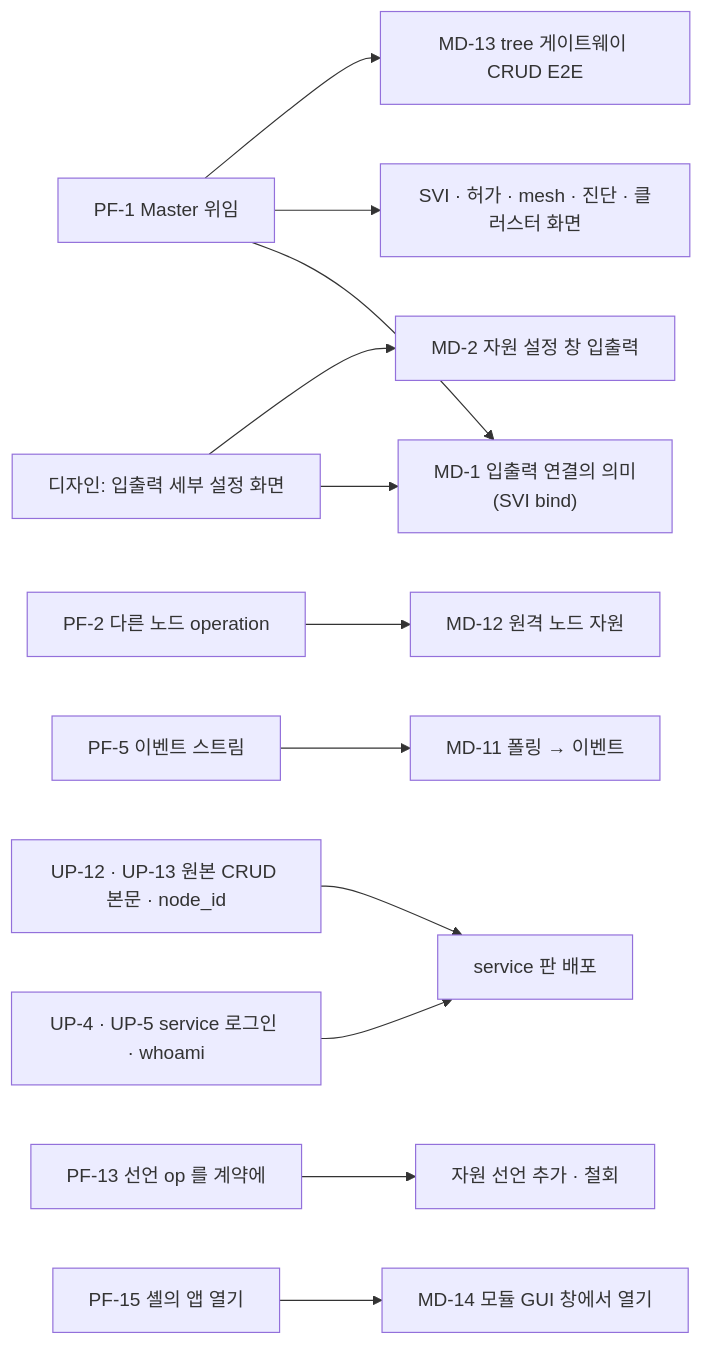
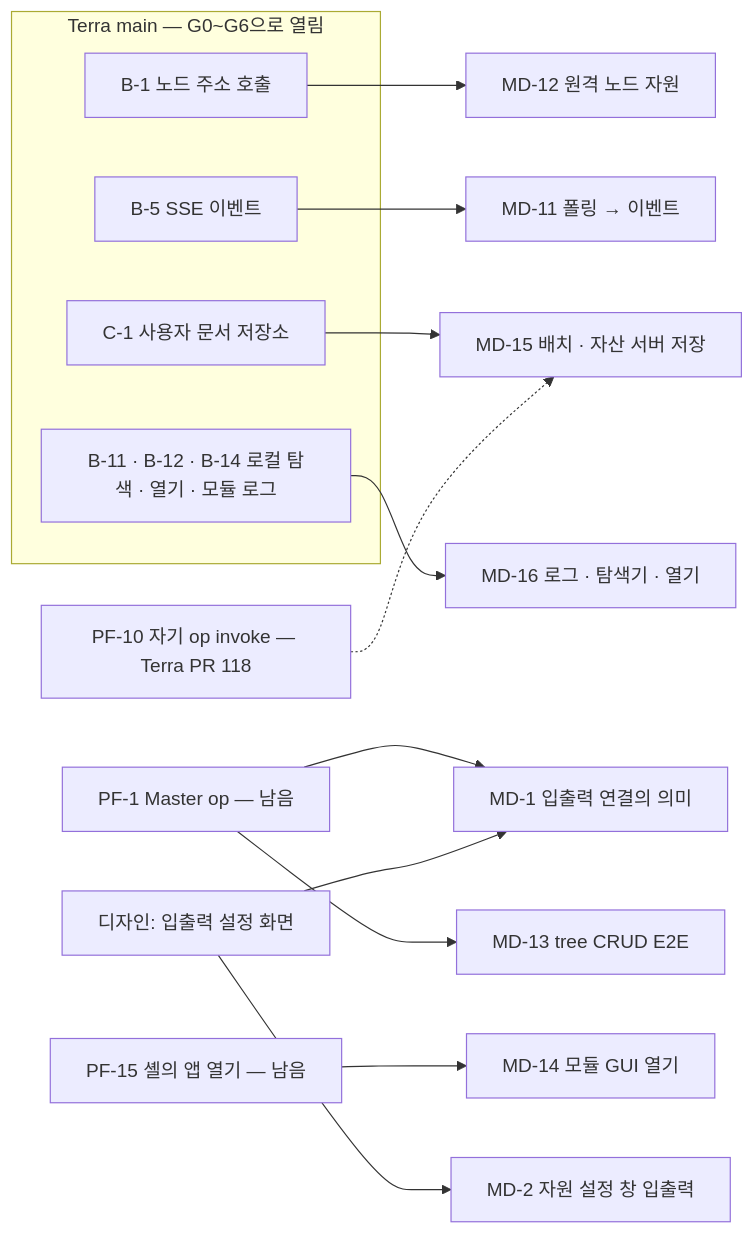
The diagram in common/lab.stellaxia.node-gui/web/docs/guides/implementation-backlog.md (StellaxiaLab/modules), drawn with Mermaid before and after one commit. The commit also changed other lines of this file and 1 other file, not shown here.

First line of the commit message:
node-gui: 구현해야 할 것을 Terra G0–G6 · maingui 2ced429 뒤로 다시 잰다

````diff
--- a/common/lab.stellaxia.node-gui/web/docs/guides/implementation-backlog.md
+++ b/common/lab.stellaxia.node-gui/web/docs/guides/implementation-backlog.md
@@ -45,14 +47,19 @@
 ```mermaid
 flowchart LR
-  PF1["PF-1 Master 위임"] --> MD1["MD-1 입출력 연결의 의미<br/>(SVI bind)"]
-  PF1 --> V1["SVI · 허가 · mesh · 진단 · 클러스터 화면"]
-  PF2["PF-2 다른 노드 operation"] --> MD12["MD-12 원격 노드 자원"]
-  PF5["PF-5 이벤트 스트림"] --> MD11["MD-11 폴링 → 이벤트"]
-  DES["디자인: 입출력 세부 설정 화면"] --> MD1
+  subgraph TG["Terra main — G0~G6으로 열림"]
+    B1["B-1 노드 주소 호출"]
+    B5["B-5 SSE 이벤트"]
+    C1["C-1 사용자 문서 저장소"]
+    B14["B-11 · B-12 · B-14 로컬 탐색 · 열기 · 모듈 로그"]
+  end
+  B1 --> MD12["MD-12 원격 노드 자원"]
+  B5 --> MD11["MD-11 폴링 → 이벤트"]
+  C1 --> MD15["MD-15 배치 · 자산 서버 저장"]
+  B14 --> MD16["MD-16 로그 · 탐색기 · 열기"]
+  PF10["PF-10 자기 op invoke — Terra PR 118"] -.-> MD15
+  PF1["PF-1 Master op — 남음"] --> MD1["MD-1 입출력 연결의 의미"]
+  PF1 --> MD13["MD-13 tree CRUD E2E"]
+  PF15["PF-15 셸의 앱 열기 — 남음"] --> MD14["MD-14 모듈 GUI 열기"]
+  DES["디자인: 입출력 설정 화면"] --> MD1
   DES --> MD2["MD-2 자원 설정 창 입출력"]
-  UP4["UP-4 · UP-5 service 로그인 · whoami"] --> SVC["service 판 배포"]
-  UP12["UP-12 · UP-13 원본 CRUD 본문 · node_id"] --> SVC
-  PF13["PF-13 선언 op 를 계약에"] --> DECL["자원 선언 추가 · 철회"]
-  PF15["PF-15 셸의 앱 열기"] --> MD14["MD-14 모듈 GUI 창에서 열기"]
-  PF1 --> MD13["MD-13 tree 게이트웨이 CRUD E2E"]
 ```
````
